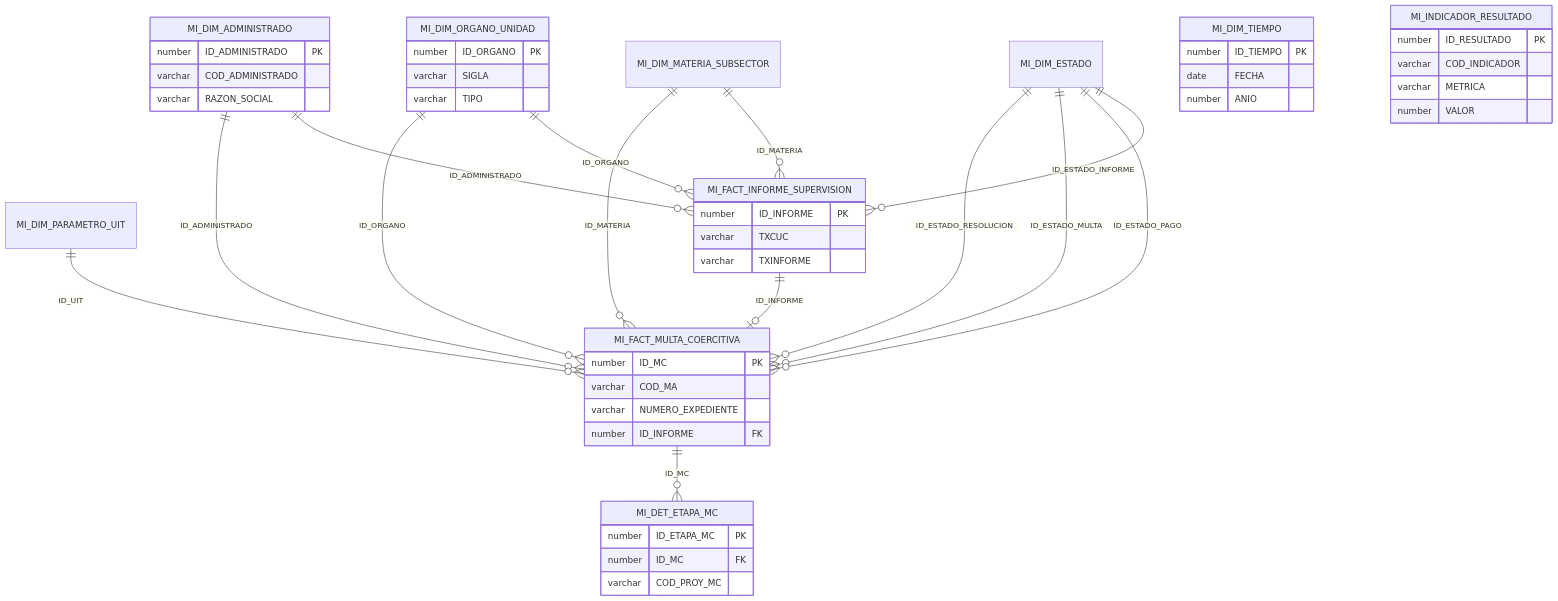
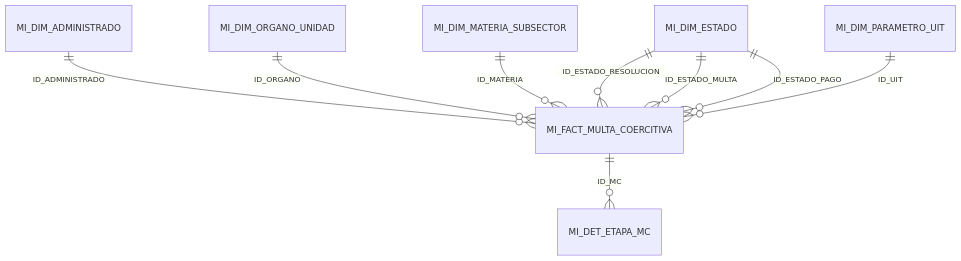
Before and after one commit to nwodevops/multa_informes_etl: the second of 3 diagrams in docs/adjuntos/modelo-kimball.md, drawn with Mermaid. The commit also changed other lines of this file and 51 other files, not shown here.

````diff
--- a/docs/adjuntos/modelo-kimball.md
+++ b/docs/adjuntos/modelo-kimball.md
@@ -161,56 +85,11 @@
 ```mermaid
 erDiagram
   MI_DIM_ADMINISTRADO ||--o{ MI_FACT_MULTA_COERCITIVA : ID_ADMINISTRADO
-  MI_DIM_ORGANO_UNIDAD  ||--o{ MI_FACT_MULTA_COERCITIVA : ID_ORGANO
+  MI_DIM_ORGANO_UNIDAD ||--o{ MI_FACT_MULTA_COERCITIVA : ID_ORGANO
   MI_DIM_MATERIA_SUBSECTOR ||--o{ MI_FACT_MULTA_COERCITIVA : ID_MATERIA
   MI_DIM_ESTADO ||--o{ MI_FACT_MULTA_COERCITIVA : ID_ESTADO_RESOLUCION
   MI_DIM_ESTADO ||--o{ MI_FACT_MULTA_COERCITIVA : ID_ESTADO_MULTA
   MI_DIM_ESTADO ||--o{ MI_FACT_MULTA_COERCITIVA : ID_ESTADO_PAGO
   MI_DIM_PARAMETRO_UIT ||--o{ MI_FACT_MULTA_COERCITIVA : ID_UIT
-
-  MI_DIM_ADMINISTRADO ||--o{ MI_FACT_INFORME_SUPERVISION : ID_ADMINISTRADO
-  MI_DIM_ORGANO_UNIDAD  ||--o{ MI_FACT_INFORME_SUPERVISION : ID_ORGANO
-  MI_DIM_MATERIA_SUBSECTOR ||--o{ MI_FACT_INFORME_SUPERVISION : ID_MATERIA
-  MI_DIM_ESTADO ||--o{ MI_FACT_INFORME_SUPERVISION : ID_ESTADO_INFORME
-
-  MI_FACT_INFORME_SUPERVISION ||--o| MI_FACT_MULTA_COERCITIVA : ID_INFORME
   MI_FACT_MULTA_COERCITIVA ||--o{ MI_DET_ETAPA_MC : ID_MC
-
-  MI_DIM_TIEMPO {
-    number ID_TIEMPO PK
-    date FECHA
-    number ANIO
-  }
-  MI_DIM_ADMINISTRADO {
-    number ID_ADMINISTRADO PK
-    varchar COD_ADMINISTRADO
-    varchar RAZON_SOCIAL
-  }
-  MI_DIM_ORGANO_UNIDAD {
-    number ID_ORGANO PK
-    varchar SIGLA
-    varchar TIPO
-  }
-  MI_FACT_MULTA_COERCITIVA {
-    number ID_MC PK
-    varchar COD_MA
-    varchar NUMERO_EXPEDIENTE
-    number ID_INFORME FK
-  }
-  MI_FACT_INFORME_SUPERVISION {
-    number ID_INFORME PK
-    varchar TXCUC
-    varchar TXINFORME
-  }
-  MI_DET_ETAPA_MC {
-    number ID_ETAPA_MC PK
-    number ID_MC FK
-    varchar COD_PROY_MC
-  }
-  MI_INDICADOR_RESULTADO {
-    number ID_RESULTADO PK
-    varchar COD_INDICADOR
-    varchar METRICA
-    number VALOR
-  }
 ```
````
